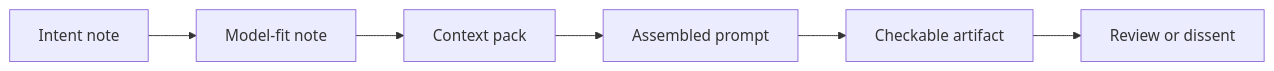
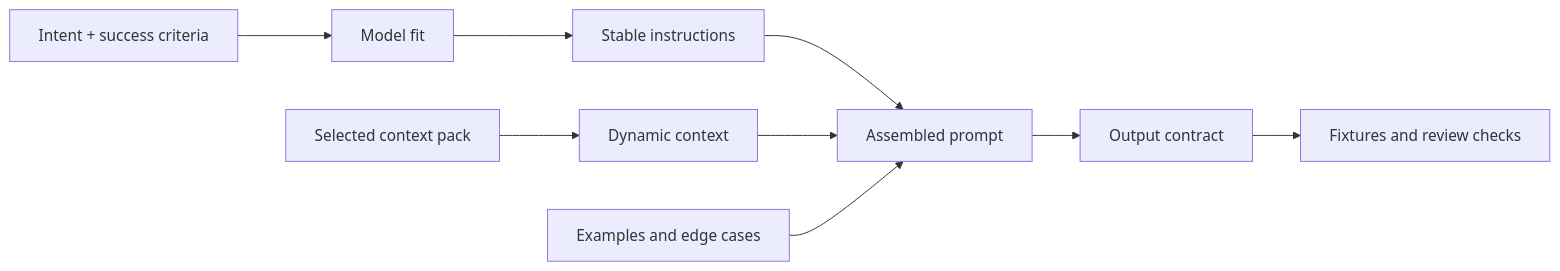
The diagram in docs/prompt-and-context.md (open-horizon-labs/tutorial), drawn with Mermaid before and after one commit. The commit also changed other lines of this file and 5 other files, not shown here.

````diff
--- a/docs/prompt-and-context.md
+++ b/docs/prompt-and-context.md
@@ -7,8 +7,11 @@
 ```mermaid
 flowchart LR
-    intent[Intent note] --> fit[Model-fit note]
-    fit --> context[Context pack]
-    context --> prompt[Assembled prompt]
-    prompt --> artifact[Checkable artifact]
-    artifact --> review[Review or dissent]
+    intent[Intent + success criteria] --> fit[Model fit]
+    fit --> stable[Stable instructions]
+    context[Selected context pack] --> dynamic[Dynamic context]
+    stable --> prompt[Assembled prompt]
+    dynamic --> prompt
+    examples[Examples and edge cases] --> prompt
+    prompt --> output[Output contract]
+    output --> eval[Fixtures and review checks]
 ```
````
